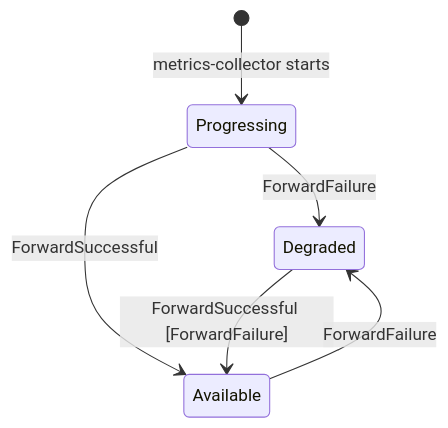
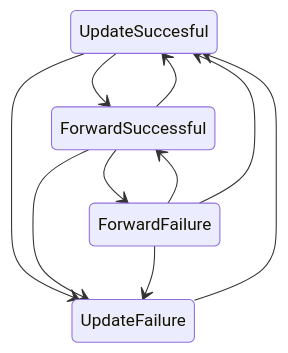
One commit to stolostron/multicluster-observability-operator changed the third of 3 diagrams in operators/endpointmetrics/doc/design/addon-status.md. Above: the diagram before and after it, drawn with Mermaid. The commit also changed other lines of this file, not shown here.

````diff
--- a/operators/endpointmetrics/doc/design/addon-status.md
+++ b/operators/endpointmetrics/doc/design/addon-status.md
@@ -164,8 +145,12 @@
 ```mermaid
 stateDiagram-v2
-    [*] --> Progressing: metrics-collector starts
-    Progressing --> Degraded: ForwardFailure
-    Progressing --> Available: ForwardSuccessful
-    Degraded --> Available: ForwardSuccessful [ForwardFailure]
-    Available --> Degraded: ForwardFailure
+    UpdateSuccesful --> ForwardSuccessful
+    ForwardSuccessful --> UpdateSuccesful
+    UpdateFailure --> UpdateSuccesful
+    UpdateSuccesful --> UpdateFailure
+    ForwardSuccessful --> UpdateFailure
+    ForwardFailure --> UpdateFailure
+    ForwardFailure --> ForwardSuccessful
+    ForwardFailure --> UpdateSuccesful
+    ForwardSuccessful --> ForwardFailure
 ```
````
